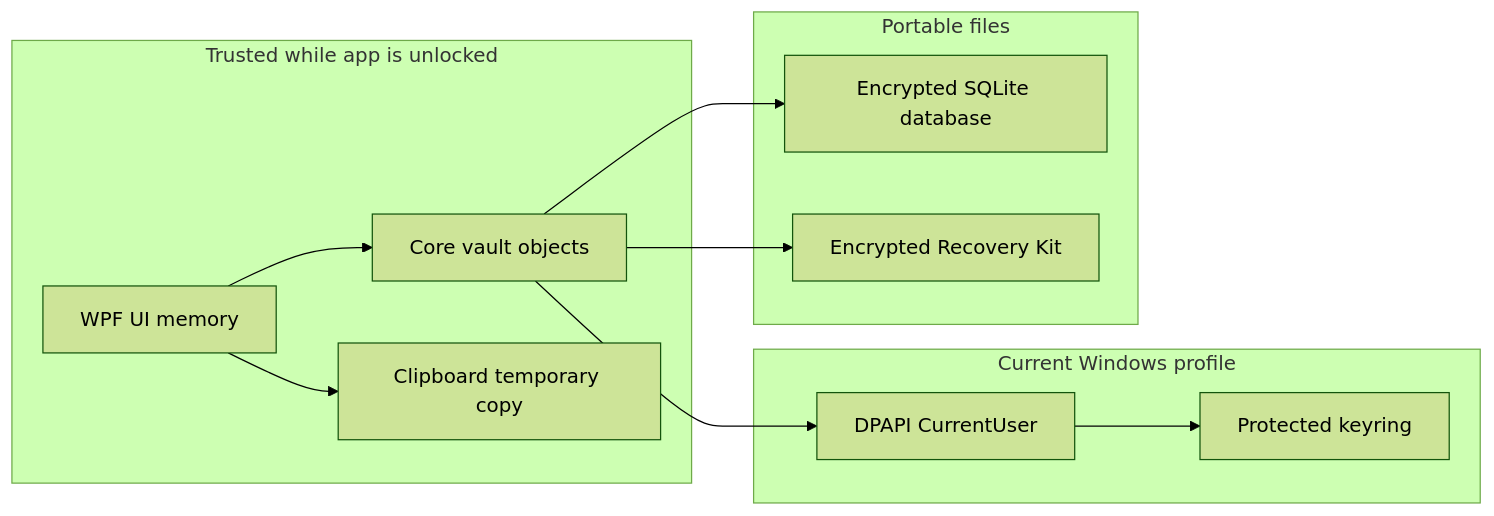
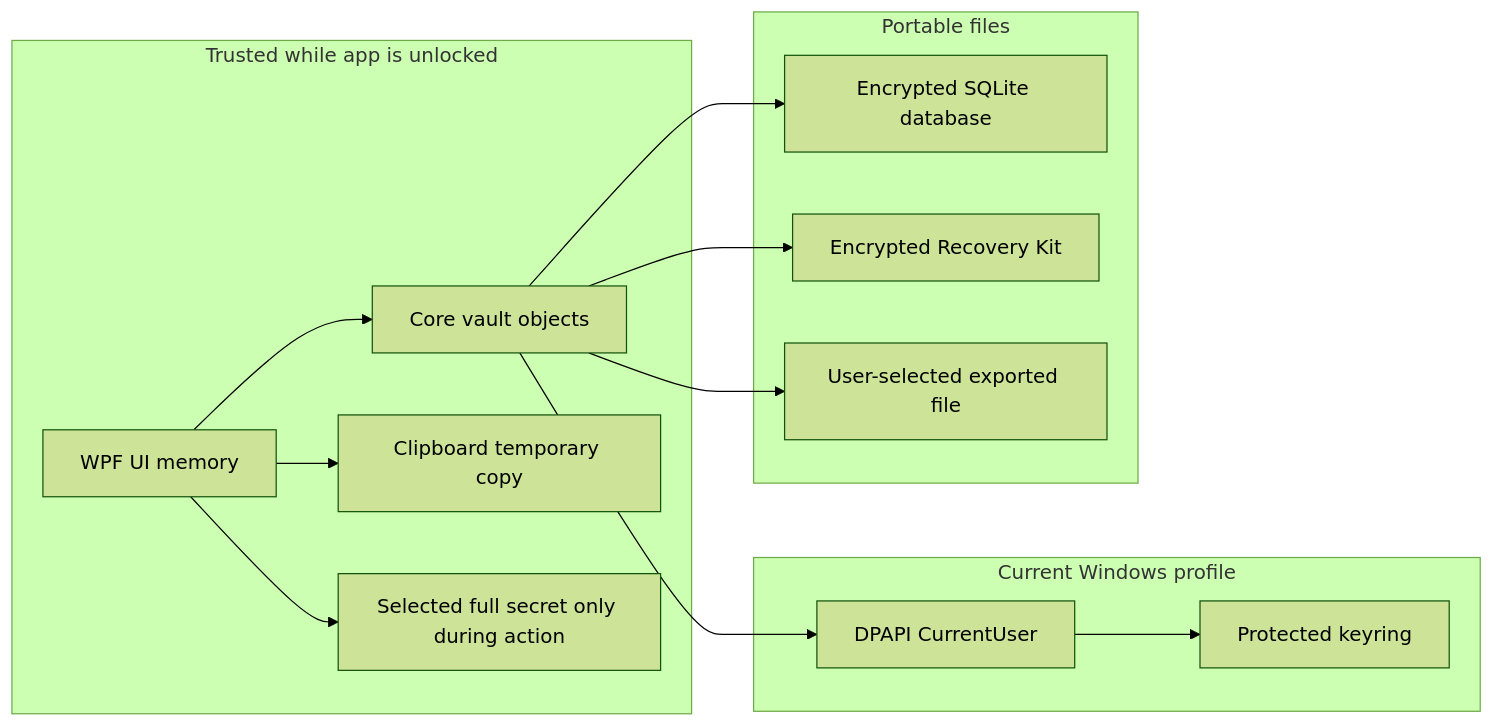
One commit to viamus/locker-it changed the second of 2 diagrams in .docs/security-model.md. Above: the diagram before and after it, drawn with Mermaid (forest theme). The commit also changed other lines of this file and 23 other files, not shown here.

````diff
--- a/.docs/security-model.md
+++ b/.docs/security-model.md
@@ -54,25 +61,29 @@
 ```mermaid
 flowchart LR
     subgraph TrustedSession["Trusted while app is unlocked"]
         UI["WPF UI memory"]
         Core["Core vault objects"]
         Clipboard["Clipboard temporary copy"]
+        SelectedSecret["Selected full secret only during action"]
     end
 
     subgraph LocalProfile["Current Windows profile"]
         Dpapi["DPAPI CurrentUser"]
         Keyring["Protected keyring"]
     end
 
     subgraph PortableFiles["Portable files"]
         Db["Encrypted SQLite database"]
         Kit["Encrypted Recovery Kit"]
+        ExportedFile["User-selected exported file"]
     end
 
     UI --> Core
     Core --> Dpapi
     Dpapi --> Keyring
     Core --> Db
     Core --> Kit
     UI --> Clipboard
+    UI --> SelectedSecret
+    Core --> ExportedFile
 ```
````
